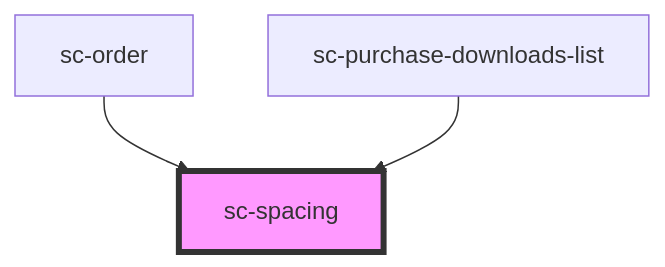
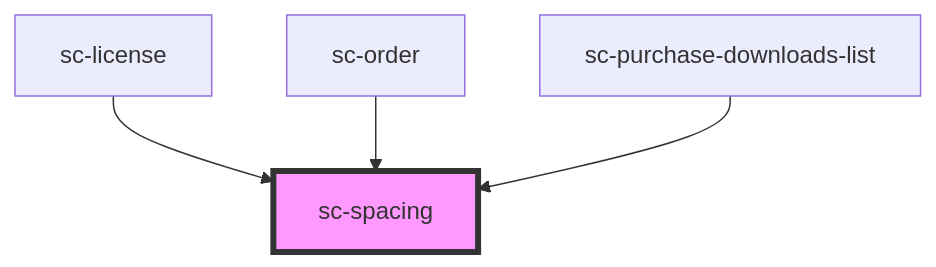
One commit to surecart/surecart-wp-plugin changed the diagram in packages/components/src/components/ui/spacing/readme.md. Above: the diagram before and after it, drawn with Mermaid. The commit also changed other lines of this file and 23 other files, not shown here.

````diff
--- a/packages/components/src/components/ui/spacing/readme.md
+++ b/packages/components/src/components/ui/spacing/readme.md
@@ -16,6 +17,7 @@
 ```mermaid
 graph TD;
+  sc-license --> sc-spacing
   sc-order --> sc-spacing
   sc-purchase-downloads-list --> sc-spacing
   style sc-spacing fill:#f9f,stroke:#333,stroke-width:4px
 ```
````
